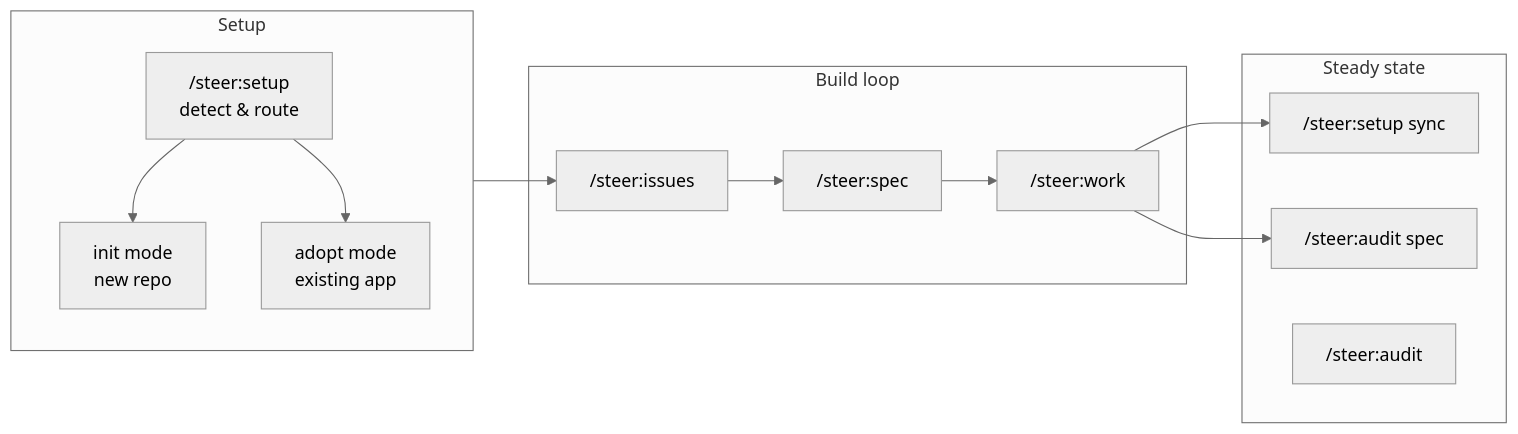
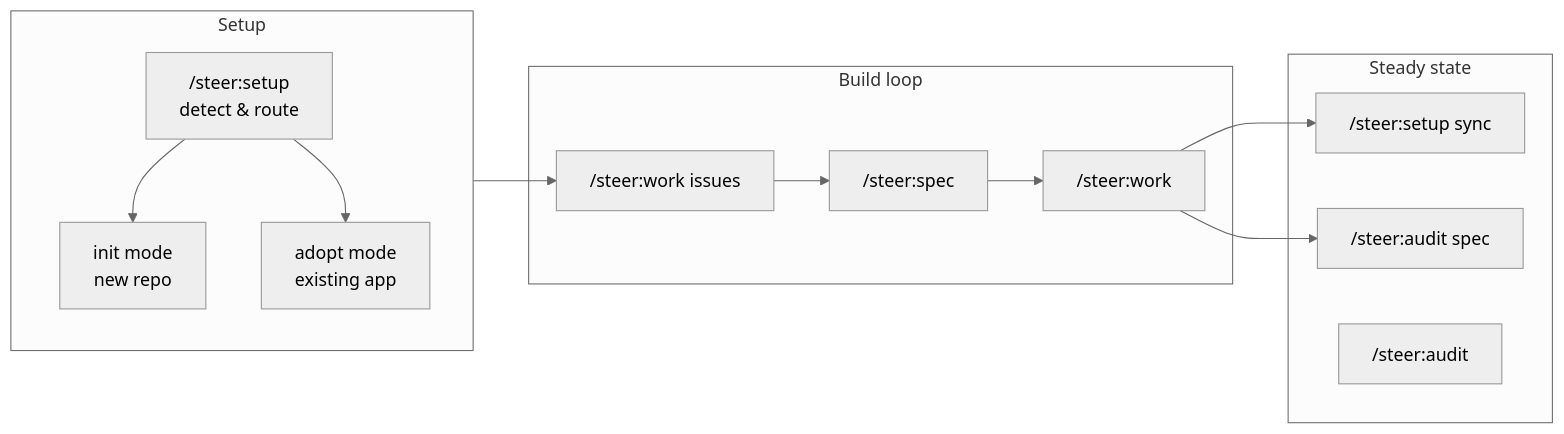
One commit to element22llc/e22-plugins changed the diagram in docs/workflows/index.md. Above: the diagram before and after it, drawn with Mermaid (neutral theme). The commit also changed other lines of this file and 13 other files, not shown here.

````diff
--- a/docs/workflows/index.md
+++ b/docs/workflows/index.md
@@ -40,21 +40,21 @@
 ```mermaid
 flowchart LR
     subgraph Setup
       setup["/steer:setup<br/>detect & route"]
       init["init mode<br/>new repo"]
       adopt["adopt mode<br/>existing app"]
       setup --> init & adopt
     end
     subgraph Build loop
-      issues["/steer:issues"]
+      issues["/steer:work issues"]
       spec["/steer:spec"]
       work["/steer:work"]
     end
     subgraph Steady state
       sync["/steer:setup sync"]
       drift["/steer:audit spec"]
       audit["/steer:audit"]
     end
     Setup --> issues --> spec --> work --> drift
     work --> sync
 ```
````
